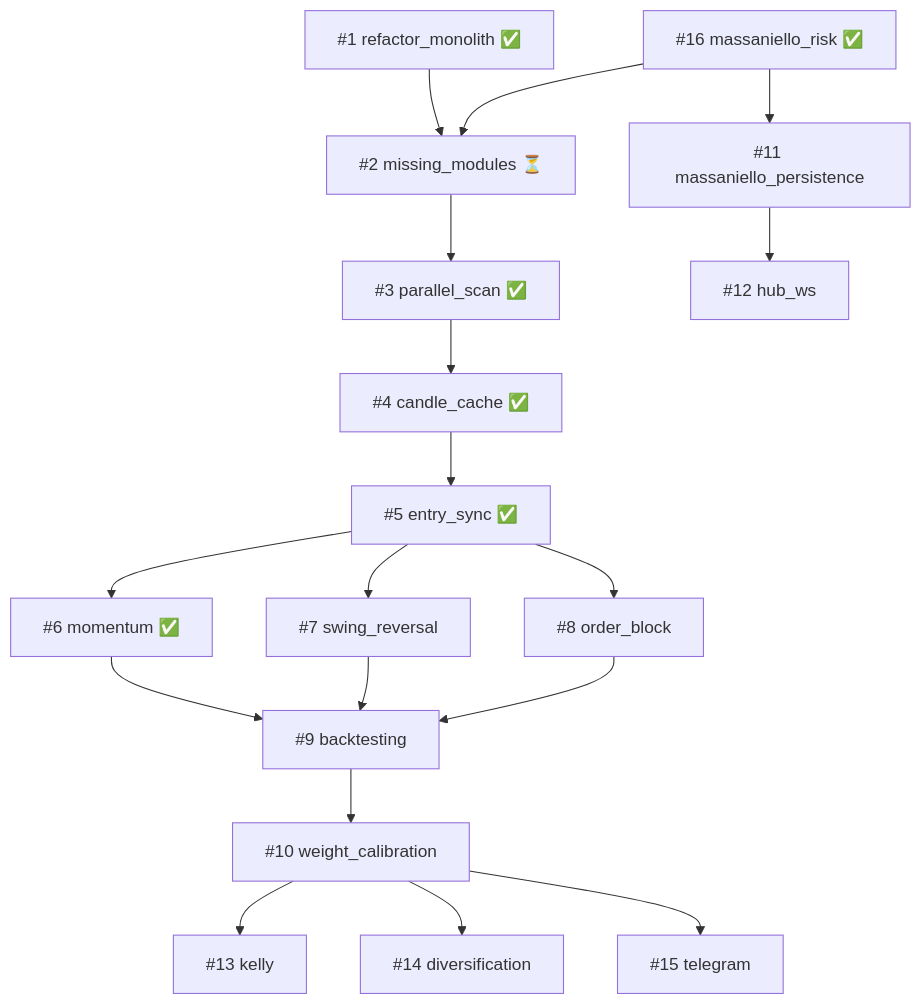
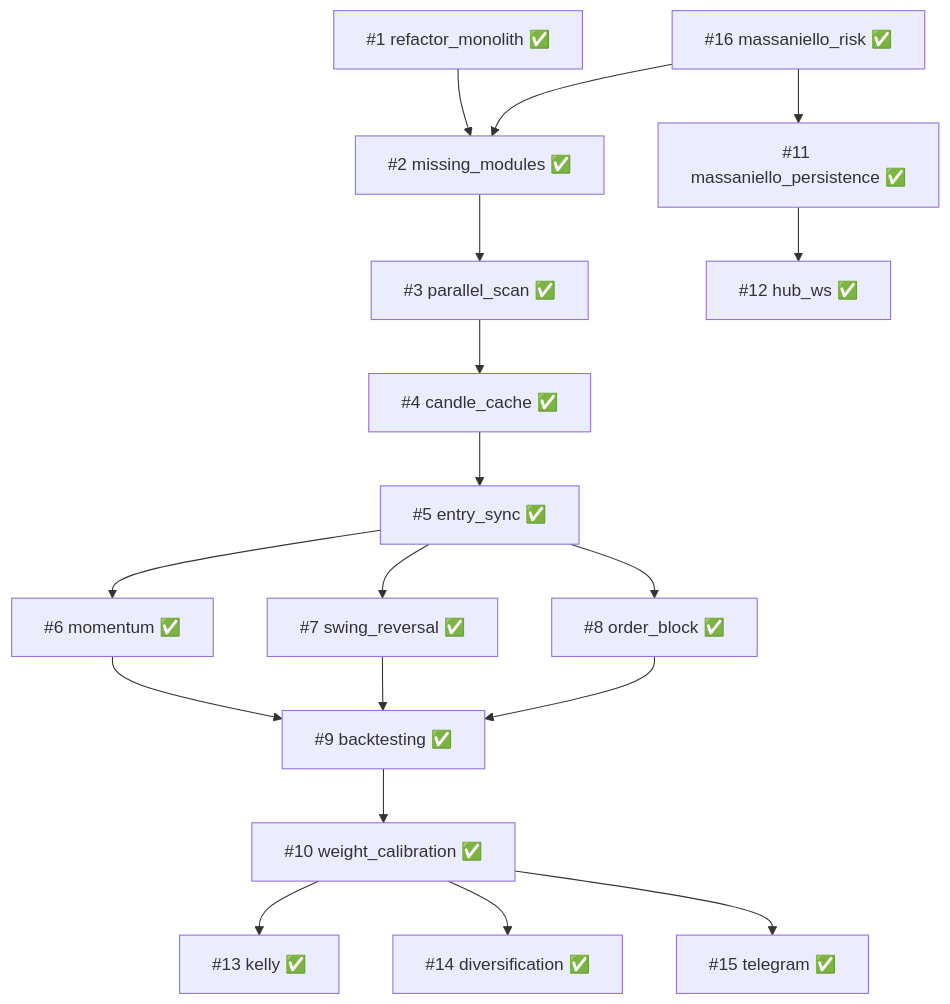
One commit to vjack666/quotex changed the diagram in docs/ROADMAP.md. Above: the diagram before and after it, drawn with Mermaid. The commit also changed other lines of this file and 58 other files, not shown here.

First line of the commit message:
feat: complete roadmap backlog — strategies, intelligence, operations, alerts (#7-#15)

````diff
--- a/docs/ROADMAP.md
+++ b/docs/ROADMAP.md
@@ -91,28 +91,28 @@
 ```mermaid
 flowchart TD
     F1["#1 refactor_monolith ✅"]
     F16["#16 massaniello_risk ✅"]
-    F2["#2 missing_modules ⏳"]
+    F2["#2 missing_modules ✅"]
     F3["#3 parallel_scan ✅"]
     F4["#4 candle_cache ✅"]
     F5["#5 entry_sync ✅"]
     F6["#6 momentum ✅"]
-    F7["#7 swing_reversal"]
-    F8["#8 order_block"]
-    F9["#9 backtesting"]
-    F10["#10 weight_calibration"]
-    F11["#11 massaniello_persistence"]
-    F12["#12 hub_ws"]
-    F13["#13 kelly"]
-    F14["#14 diversification"]
-    F15["#15 telegram"]
+    F7["#7 swing_reversal ✅"]
+    F8["#8 order_block ✅"]
+    F9["#9 backtesting ✅"]
+    F10["#10 weight_calibration ✅"]
+    F11["#11 massaniello_persistence ✅"]
+    F12["#12 hub_ws ✅"]
+    F13["#13 kelly ✅"]
+    F14["#14 diversification ✅"]
+    F15["#15 telegram ✅"]
 
     F1 --> F2
     F16 --> F2
     F2 --> F3 --> F4 --> F5
     F5 --> F6 & F7 & F8
     F6 & F7 & F8 --> F9 --> F10
     F16 --> F11
     F11 --> F12
     F10 --> F13 & F14 & F15
 ```
````
